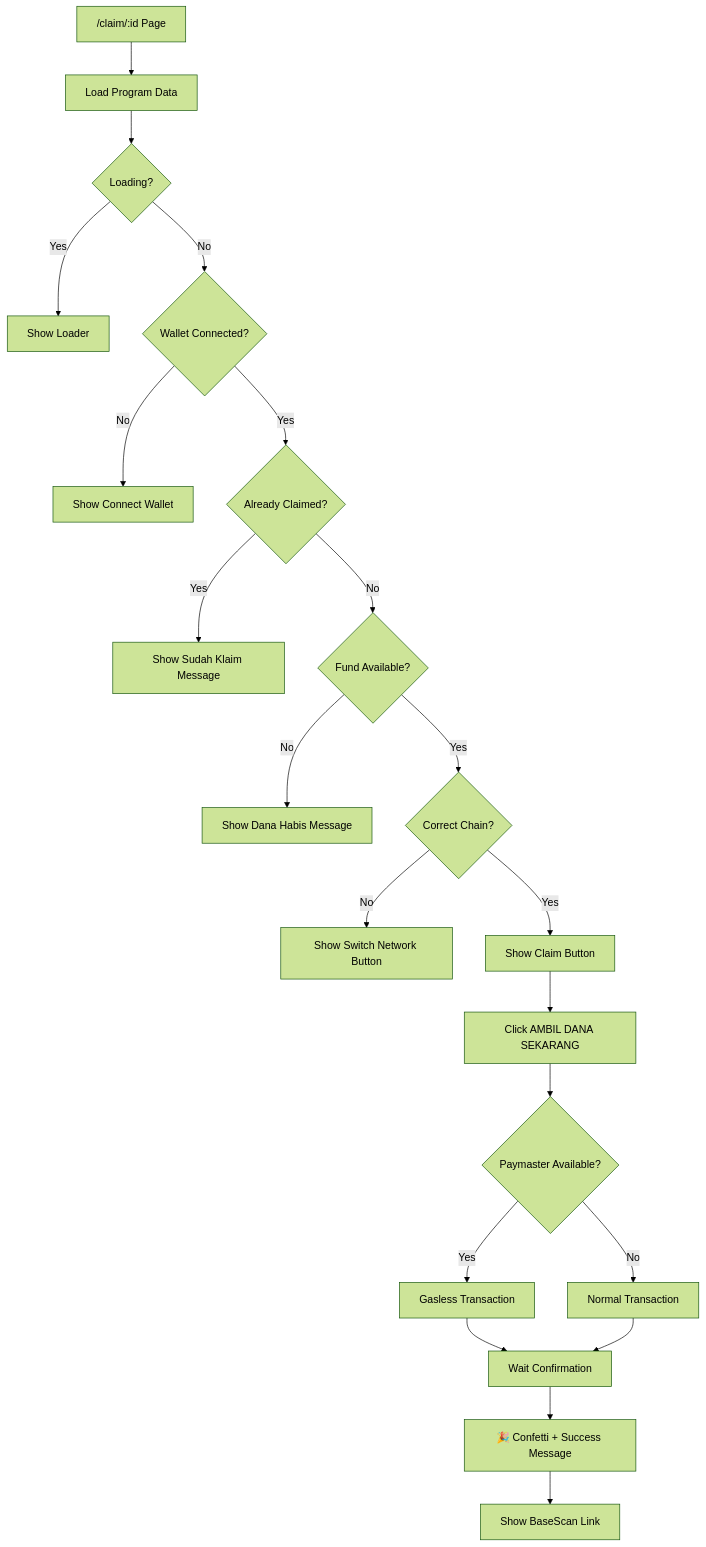
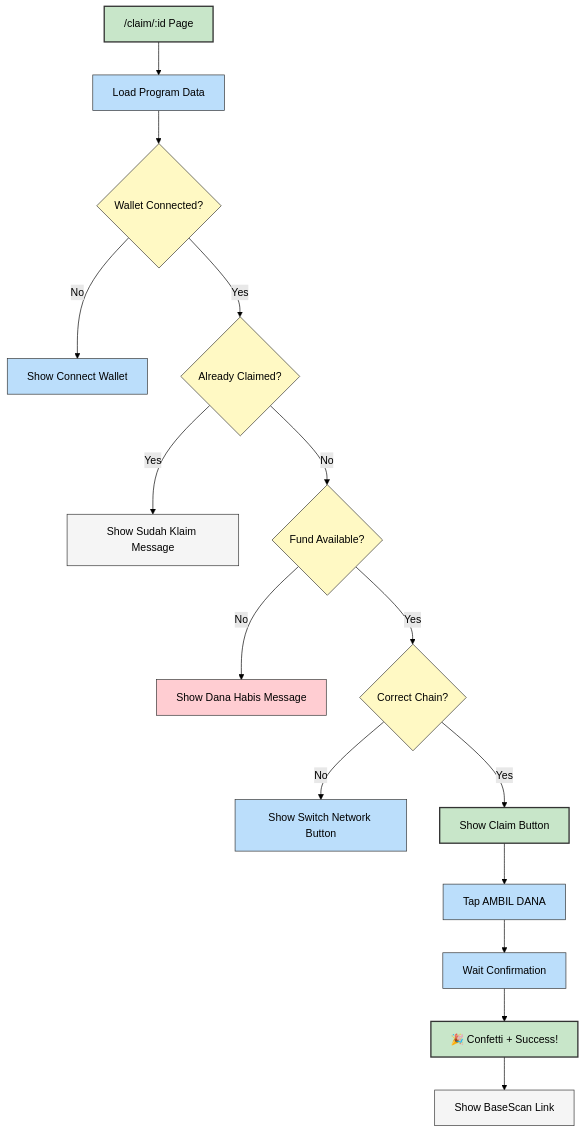
Before and after one commit to raflimulyarahman/PocketGrant: the ninth of 11 diagrams in WALKTHROUGH.md, drawn with Mermaid (forest theme). The commit also changed other lines of this file and 23 other files, not shown here.

Commit message:
docs: update walkthrough with new frontend flows and Smart Wallet details

````diff
--- a/WALKTHROUGH.md
+++ b/WALKTHROUGH.md
@@ -348,29 +387,27 @@
 ```mermaid
 flowchart TD
-    A["/claim/:id Page"] --> B["Load Program Data"]
-    B --> C{Loading?}
-    C -->|Yes| D["Show Loader"]
-    C -->|No| E{Wallet Connected?}
+    classDef positive stroke:#333,stroke-width:2px,fill:#c8e6c9,color:#000
+    classDef actionNode stroke:#333,stroke-width:1px,fill:#bbdefb,color:#000
+    classDef decision stroke:#333,stroke-width:1px,fill:#fff9c4,color:#000
+    classDef danger stroke:#333,stroke-width:1px,fill:#ffcdd2,color:#000
+    classDef infoNode stroke:#333,stroke-width:1px,fill:#f5f5f5,color:#000
 
-    E -->|No| F["Show Connect Wallet"]
-    E -->|Yes| G{Already Claimed?}
+    A["/claim/:id Page"]:::positive --> B["Load Program Data"]:::actionNode
+    B --> C{Wallet Connected?}:::decision
+    C -->|No| D["Show Connect Wallet"]:::actionNode
+    C -->|Yes| E{Already Claimed?}:::decision
 
-    G -->|Yes| H["Show Sudah Klaim Message"]
-    G -->|No| I{Fund Available?}
+    E -->|Yes| F["Show Sudah Klaim Message"]:::infoNode
+    E -->|No| G{Fund Available?}:::decision
 
-    I -->|No| J["Show Dana Habis Message"]
-    I -->|Yes| K{Correct Chain?}
+    G -->|No| H["Show Dana Habis Message"]:::danger
+    G -->|Yes| I{Correct Chain?}:::decision
 
-    K -->|No| L["Show Switch Network Button"]
-    K -->|Yes| M["Show Claim Button"]
+    I -->|No| J["Show Switch Network Button"]:::actionNode
+    I -->|Yes| K["Show Claim Button"]:::positive
 
-    M --> N["Click AMBIL DANA SEKARANG"]
-    N --> O{Paymaster Available?}
-    O -->|Yes| P["Gasless Transaction"]
-    O -->|No| Q["Normal Transaction"]
-
-    P --> R["Wait Confirmation"]
-    Q --> R
-    R --> S["🎉 Confetti + Success Message"]
-    S --> T["Show BaseScan Link"]
+    K --> L["Tap AMBIL DANA"]:::actionNode
+    L --> M["Wait Confirmation"]:::actionNode
+    M --> N["🎉 Confetti + Success!"]:::positive
+    N --> O["Show BaseScan Link"]:::infoNode
 ```
````
